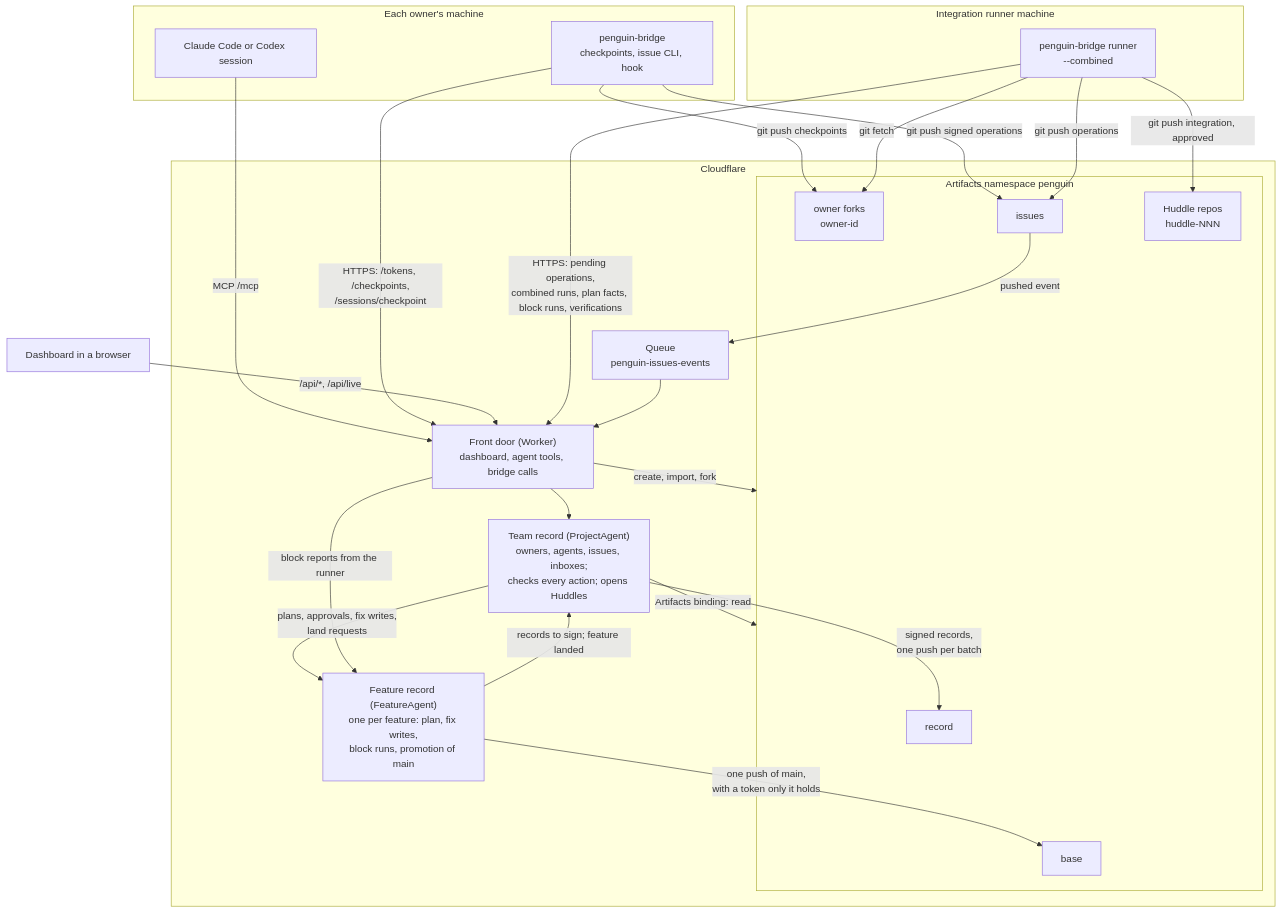
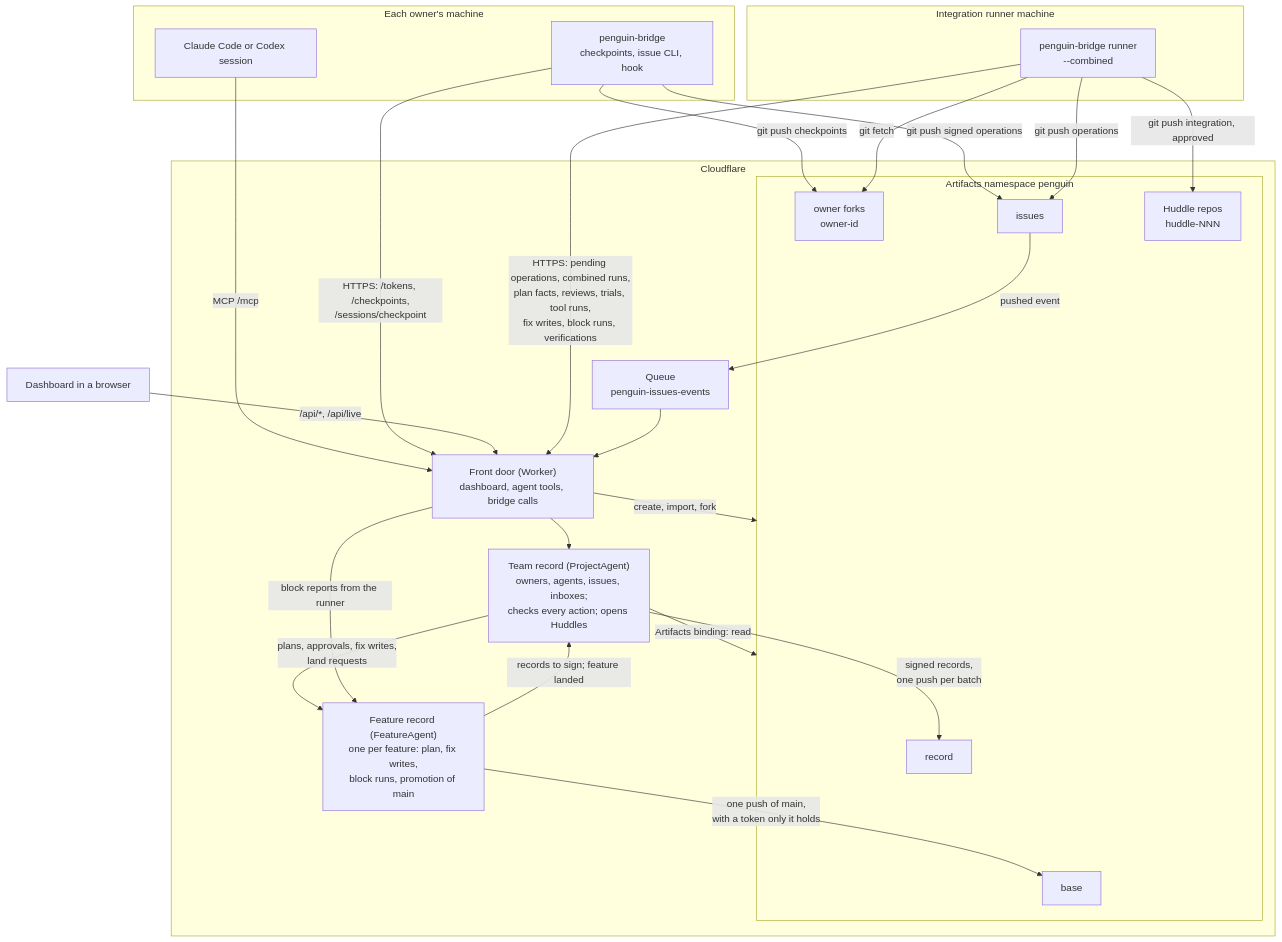
One commit to reversely/penguin changed the diagram in docs/architecture.md. Above: the diagram before and after it, drawn with Mermaid. The commit also changed other lines of this file and 5 other files, not shown here.

Commit message:
docs: match architecture, agent paths, Huddles, issues, deploy and testing to the code

````diff
--- a/docs/architecture.md
+++ b/docs/architecture.md
@@ -39,43 +38,43 @@
 ```mermaid
 flowchart TB
   subgraph Owner["Each owner's machine"]
     Agent["Claude Code or Codex session"]
     Bridge["penguin-bridge<br/>checkpoints, issue CLI, hook"]
   end
   subgraph RunnerBox["Integration runner machine"]
     Runner["penguin-bridge runner<br/>--combined"]
   end
   Browser["Dashboard in a browser"]
   subgraph CF["Cloudflare"]
     Worker["Front door (Worker)<br/>dashboard, agent tools, bridge calls"]
     PA["Team record (ProjectAgent)<br/>owners, agents, issues, inboxes;<br/>checks every action; opens Huddles"]
     HA["Feature record (FeatureAgent)<br/>one per feature: plan, fix writes,<br/>block runs, promotion of main"]
     Queue["Queue<br/>penguin-issues-events"]
     subgraph Art["Artifacts namespace penguin"]
       Base["base"]
       Forks["owner forks<br/>owner-id"]
       Issues["issues"]
       Huddle["Huddle repos<br/>huddle-NNN"]
       Record["record"]
     end
   end
   Agent -- "MCP /mcp" --> Worker
   Bridge -- "HTTPS: /tokens, /checkpoints,<br/>/sessions/checkpoint" --> Worker
   Bridge -- "git push checkpoints" --> Forks
   Bridge -- "git push signed operations" --> Issues
   Browser -- "/api/*, /api/live" --> Worker
-  Runner -- "HTTPS: pending operations,<br/>combined runs, plan facts, block runs, verifications" --> Worker
+  Runner -- "HTTPS: pending operations, combined runs,<br/>plan facts, reviews, trials, tool runs,<br/>fix writes, block runs, verifications" --> Worker
   Runner -- "git fetch" --> Forks
   Runner -- "git push operations" --> Issues
   Runner -- "git push integration, approved" --> Huddle
   Issues -- "pushed event" --> Queue
   Queue --> Worker
   Worker --> PA
   PA -- "plans, approvals, fix writes,<br/>land requests" --> HA
   Worker -- "block reports from the runner" --> HA
   HA -- "records to sign; feature landed" --> PA
   HA -- "one push of main,<br/>with a token only it holds" --> Base
   PA -- "signed records,<br/>one push per batch" --> Record
   PA -- "Artifacts binding: read" --> Art
   Worker -- "create, import, fork" --> Art
 ```
````
